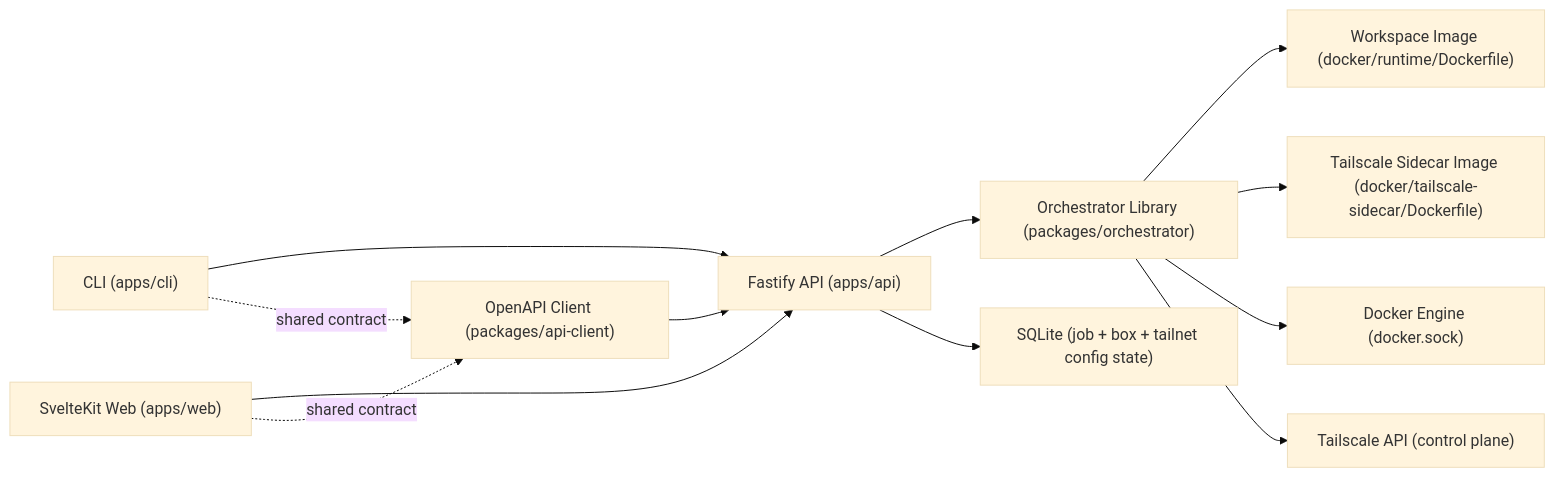
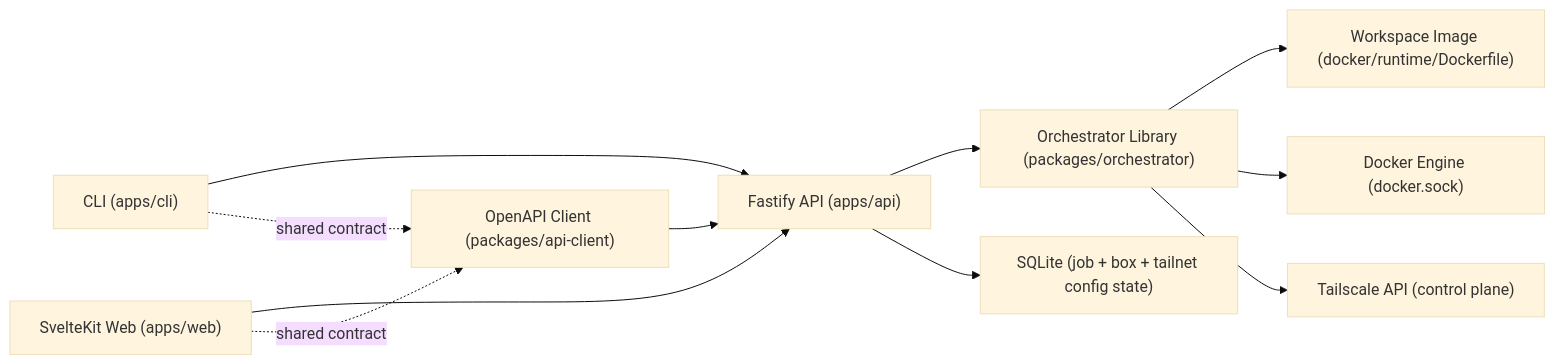
One commit to koonweee/devcontainer changed the diagram in ARCHITECTURE.md. Above: the diagram before and after it, drawn with Mermaid (base theme). The commit also changed other lines of this file and 24 other files, not shown here.

````diff
--- a/ARCHITECTURE.md
+++ b/ARCHITECTURE.md
@@ -5,14 +5,13 @@
 ```mermaid
 flowchart LR
   CLI["CLI (apps/cli)"] --> API["Fastify API (apps/api)"]
   WEB["SvelteKit Web (apps/web)"] --> API
   API --> ORCH["Orchestrator Library (packages/orchestrator)"]
   ORCH --> WORKIMG["Workspace Image (docker/runtime/Dockerfile)"]
-  ORCH --> SIDEIMG["Tailscale Sidecar Image (docker/tailscale-sidecar/Dockerfile)"]
   ORCH --> DOCKER["Docker Engine (docker.sock)"]
   API --> SQLITE["SQLite (job + box + tailnet config state)"]
   ORCH --> TS["Tailscale API (control plane)"]
   WEB -. shared contract .-> CLIENT["OpenAPI Client (packages/api-client)"]
   CLI -. shared contract .-> CLIENT
   CLIENT --> API
 ```
````
